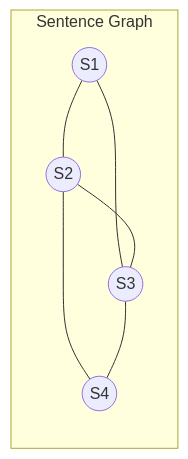
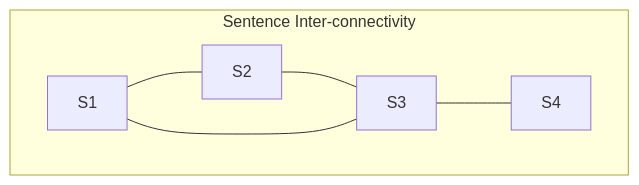
Before and after one commit to Amey-Thakur/PYTHON-SHORTS: the second of 2 diagrams in Source Code/Text Summarizer/README.md, drawn with Mermaid. The commit also changed other lines of this file, not shown here.

````diff
--- a/Source Code/Text Summarizer/README.md
+++ b/Source Code/Text Summarizer/README.md
@@ -65,10 +69,10 @@
 ```mermaid
 graph LR
-    subgraph Sentence Graph
-        S1((S1)) --- S2((S2))
-        S1 --- S3((S3))
-        S2 --- S3
-        S2 --- S4((S4))
-        S3 --- S4
+    subgraph SimilarityGraph ["Sentence Inter-connectivity"]
+        direction LR
+        S1["S1"] --- S2["S2"]
+        S2 --- S3["S3"]
+        S1 --- S3
+        S3 --- S4["S4"]
     end
 ```
````
